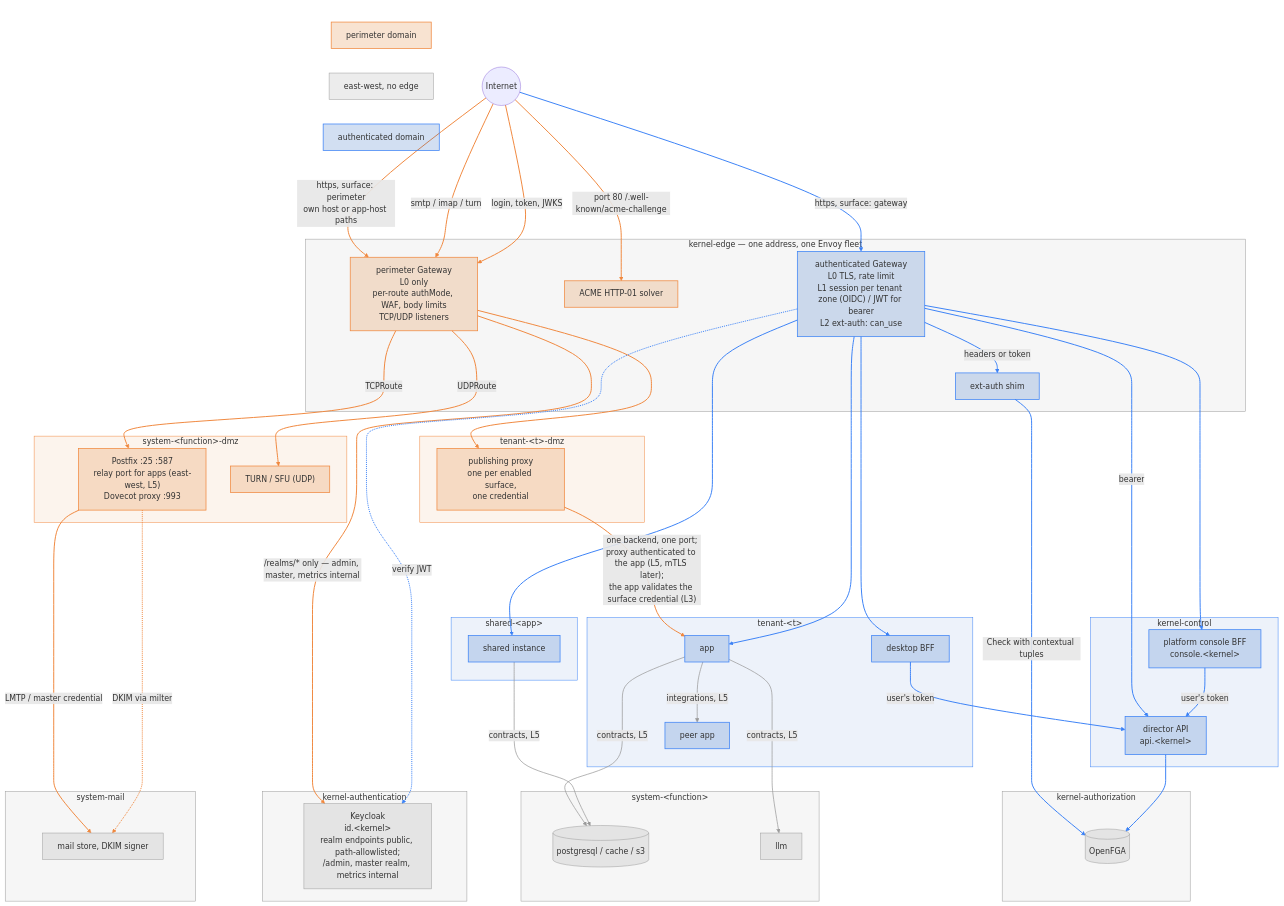
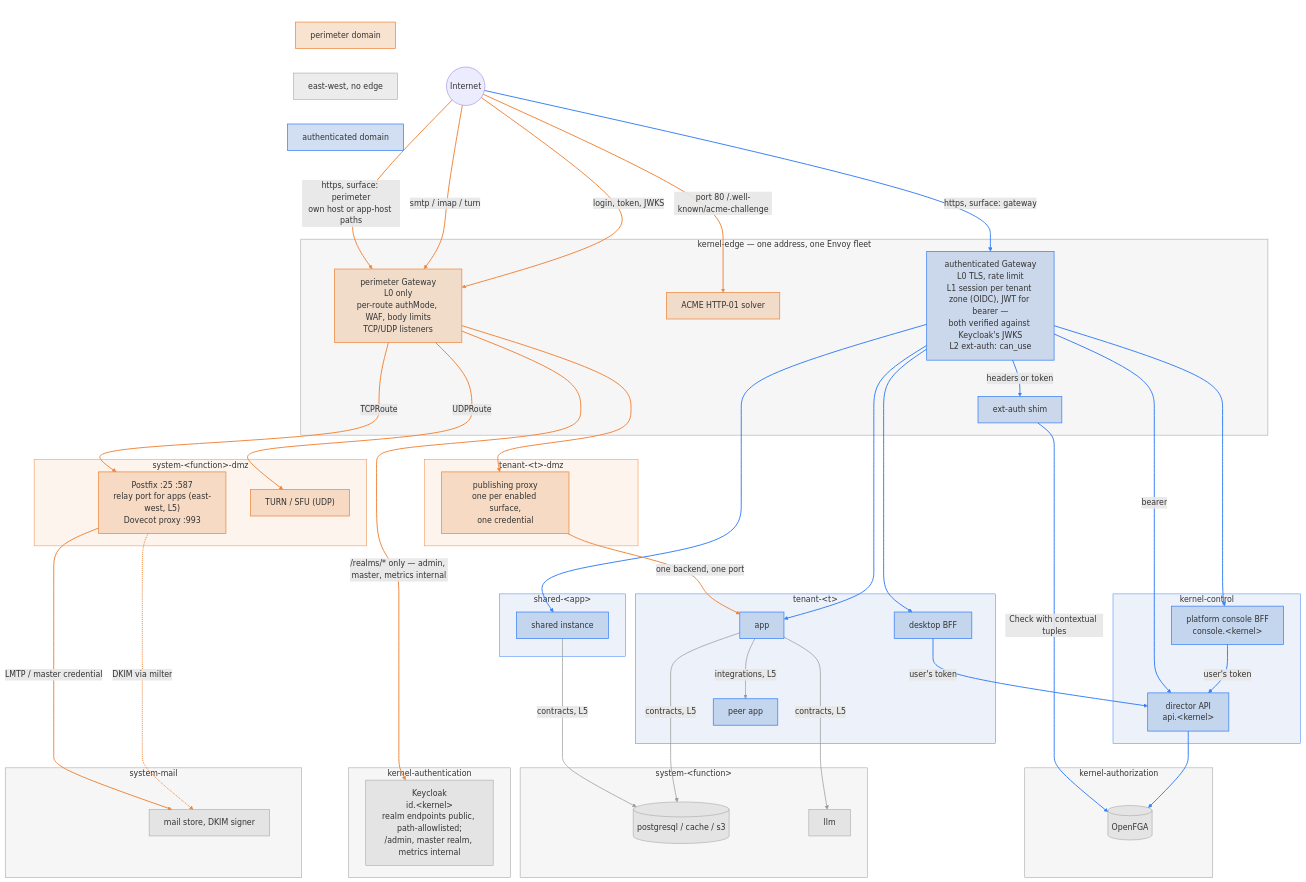
One commit to gentian-org/gentian-os changed the diagram in docs/plans/networking.md. Above: the diagram before and after it, drawn with Mermaid.

Commit message:
docs(networking): JWKS check stated on the gateway instead of a crossing edge; postgres inputs uncrossed; concise proxy label

````diff
--- a/docs/plans/networking.md
+++ b/docs/plans/networking.md
@@ -61,7 +61,7 @@
     S5[" "]
 
     subgraph EDGE["kernel-edge — one address, one Envoy fleet"]
-        AG["authenticated Gateway<br/>L0 TLS, rate limit<br/>L1 session per tenant zone (OIDC) / JWT for bearer<br/>L2 ext-auth: can_use"]
+        AG["authenticated Gateway<br/>L0 TLS, rate limit<br/>L1 session per tenant zone (OIDC), JWT for bearer —<br/>both verified against Keycloak's JWKS<br/>L2 ext-auth: can_use"]
         SHIM["ext-auth shim"]
         ACME["ACME HTTP-01 solver"]
         PG["perimeter Gateway<br/>L0 only<br/>per-route authMode, WAF, body limits<br/>TCP/UDP listeners"]
@@ -127,10 +127,10 @@
     DESK -->|"user's token"| DIR
     CON -->|"user's token"| DIR
     DIR --> FGA
+    SAPP -->|"contracts, L5"| DB
     APP -->|"contracts, L5"| DB
     APP -->|"contracts, L5"| LLM
     APP -->|"integrations, L5"| PEER
-    SAPP -->|"contracts, L5"| DB
     NET -->|"https, surface: perimeter<br/>own host or app-host paths"| PG
     NET -->|"smtp / imap / turn"| PG
     NET -->|"port 80 /.well-known/acme-challenge"| ACME
@@ -141,9 +141,8 @@
     PG -->|"/realms/* only — admin, master, metrics internal"| KC
     MTA -->|"LMTP / master credential"| STORE
     MTA -. "DKIM via milter" .-> STORE
-    PX -->|"one backend, one port;<br/>proxy authenticated to the app (L5, mTLS later);<br/>the app validates the surface credential (L3)"| APP
+    PX -->|"one backend, one port"| APP
     AG --> APP
-    AG -. "verify JWT" .-> KC
 
     %% invisible edges fix the rows: 3 = both DMZs, 4 = tenant / shared / kernel-control, 5 = the grey boxes.
     %% Declaration order (authenticated first) is what keeps the perimeter on the left after dagre's reordering.
@@ -183,6 +182,6 @@
     style SMAIL fill:#80808012,stroke:#9a9a9a
     style LEGEND fill:none,stroke:none
     linkStyle 14,15,16,17,18,19,20,21,22,23,24 stroke:#f0883e,stroke-width:2px
-    linkStyle 0,1,2,3,4,5,6,7,8,9,25,26 stroke:#3b82f6,stroke-width:2px
+    linkStyle 0,1,2,3,4,5,6,7,8,9,25 stroke:#3b82f6,stroke-width:2px
     linkStyle 10,11,12,13 stroke:#9a9a9a,stroke-width:1.5px
 ```
````
